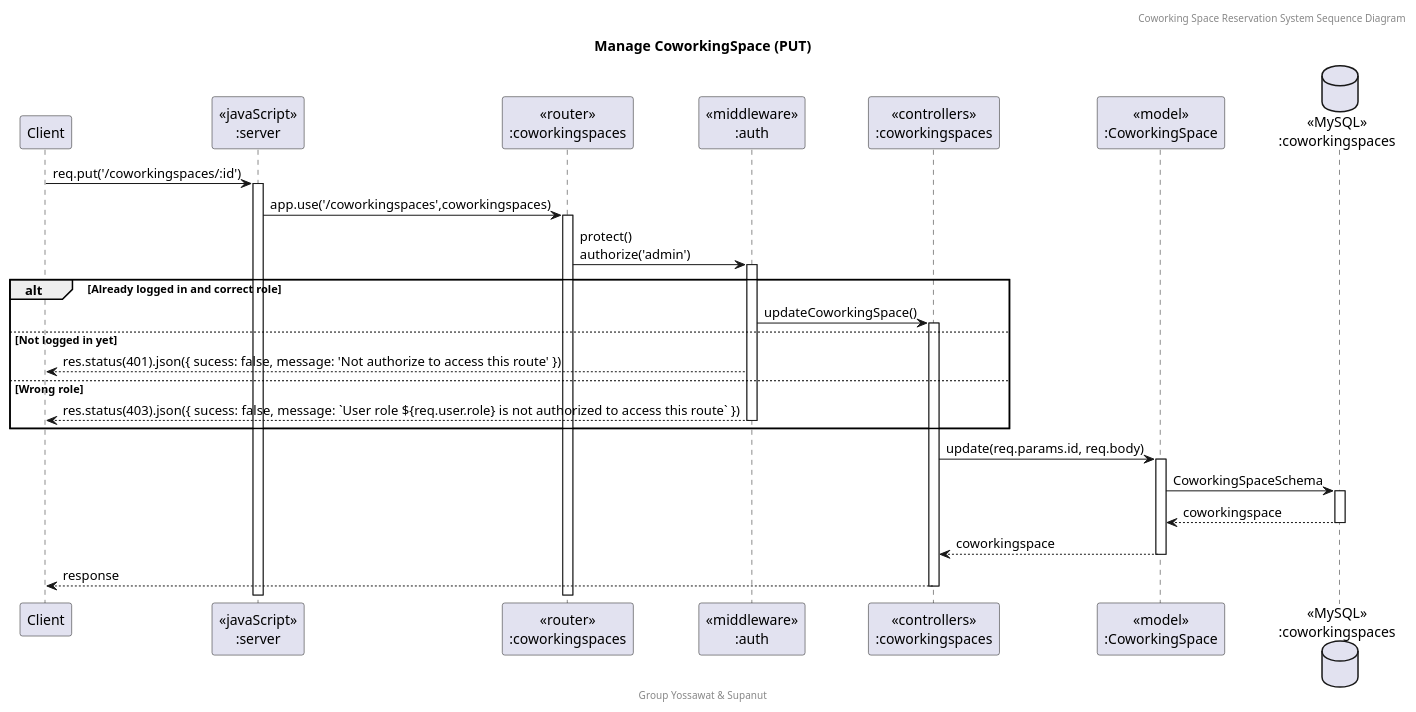
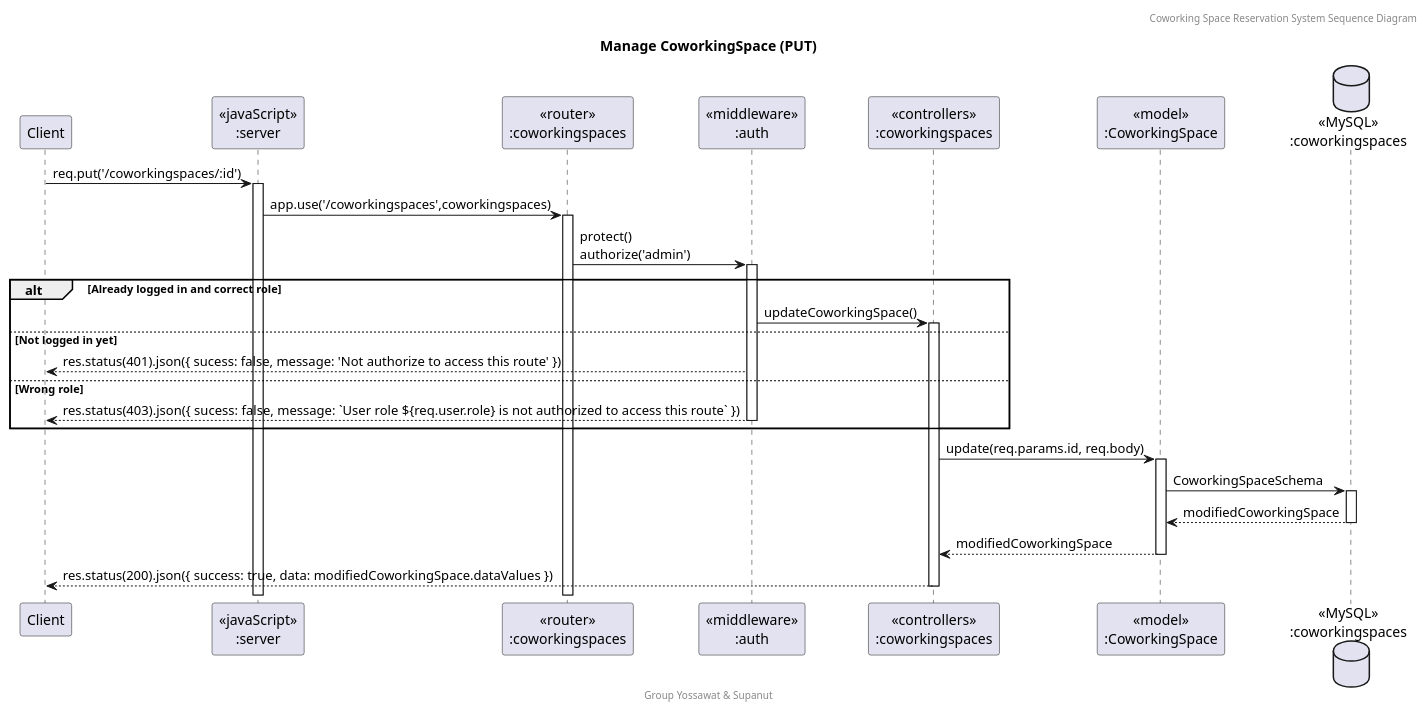
One commit to SupanutT/sw-dev-prac-project changed the diagram in doc/Sequence Diagram/puml/Co_Put.puml. Above: the diagram before and after it, drawn with PlantUML. The commit also changed 8 other files, not shown here.

Commit message:
feat: sequence diagram (reservation)

```diff
--- a/doc/Sequence Diagram/puml/Co_Put.puml
+++ b/doc/Sequence Diagram/puml/Co_Put.puml
@@ -1,31 +1,31 @@
 @startuml Manage CoworkingSpace (PUT)
 
 header Coworking Space Reservation System Sequence Diagram
 footer Group Yossawat & Supanut
 title "Manage CoworkingSpace (PUT)"
 
 participant "Client" as client
 participant "<<javaScript>>\n:server" as server
 participant "<<router>>\n:coworkingspaces" as routerCoworkingSpaces
 participant "<<middleware>>\n:auth" as middleware
 participant "<<controllers>>\n:coworkingspaces" as controllersCoworkingSpaces
 participant "<<model>>\n:CoworkingSpace" as modelCoworkingSpace
 database "<<MySQL>>\n:coworkingspaces" as CoworkingSpacesDatabase
 
 client->server ++:req.put('/coworkingspaces/:id')
 server->routerCoworkingSpaces ++:app.use('/coworkingspaces',coworkingspaces)
 routerCoworkingSpaces -> middleware ++:protect()\nauthorize('admin')
 alt Already logged in and correct role
     middleware -> controllersCoworkingSpaces ++: updateCoworkingSpace()
 else Not logged in yet
     middleware --> client : res.status(401).json({ sucess: false, message: 'Not authorize to access this route' })
 else Wrong role
     middleware --> client --: res.status(403).json({ sucess: false, message: `User role ${req.user.role} is not authorized to access this route` })
 end
 controllersCoworkingSpaces-> modelCoworkingSpace ++:update(req.params.id, req.body)
 modelCoworkingSpace -> CoworkingSpacesDatabase ++: CoworkingSpaceSchema
-CoworkingSpacesDatabase --> modelCoworkingSpace --: coworkingspace
-controllersCoworkingSpaces <-- modelCoworkingSpace --:coworkingspace
-controllersCoworkingSpaces-->client --:response
+CoworkingSpacesDatabase --> modelCoworkingSpace --: modifiedCoworkingSpace
+controllersCoworkingSpaces <-- modelCoworkingSpace --: modifiedCoworkingSpace
+controllersCoworkingSpaces-->client --: res.status(200).json({ success: true, data: modifiedCoworkingSpace.dataValues })
 
 @enduml
```
